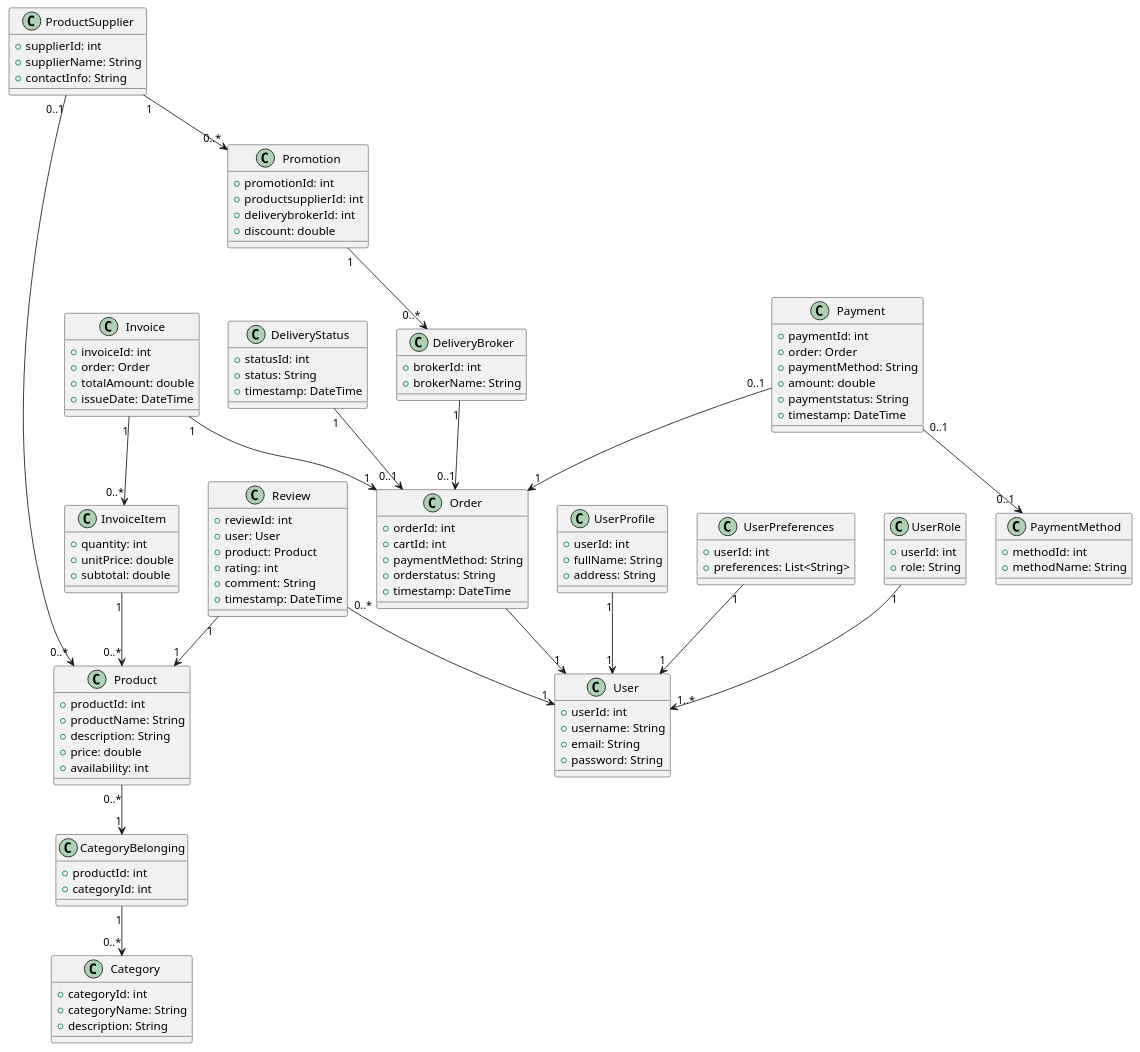
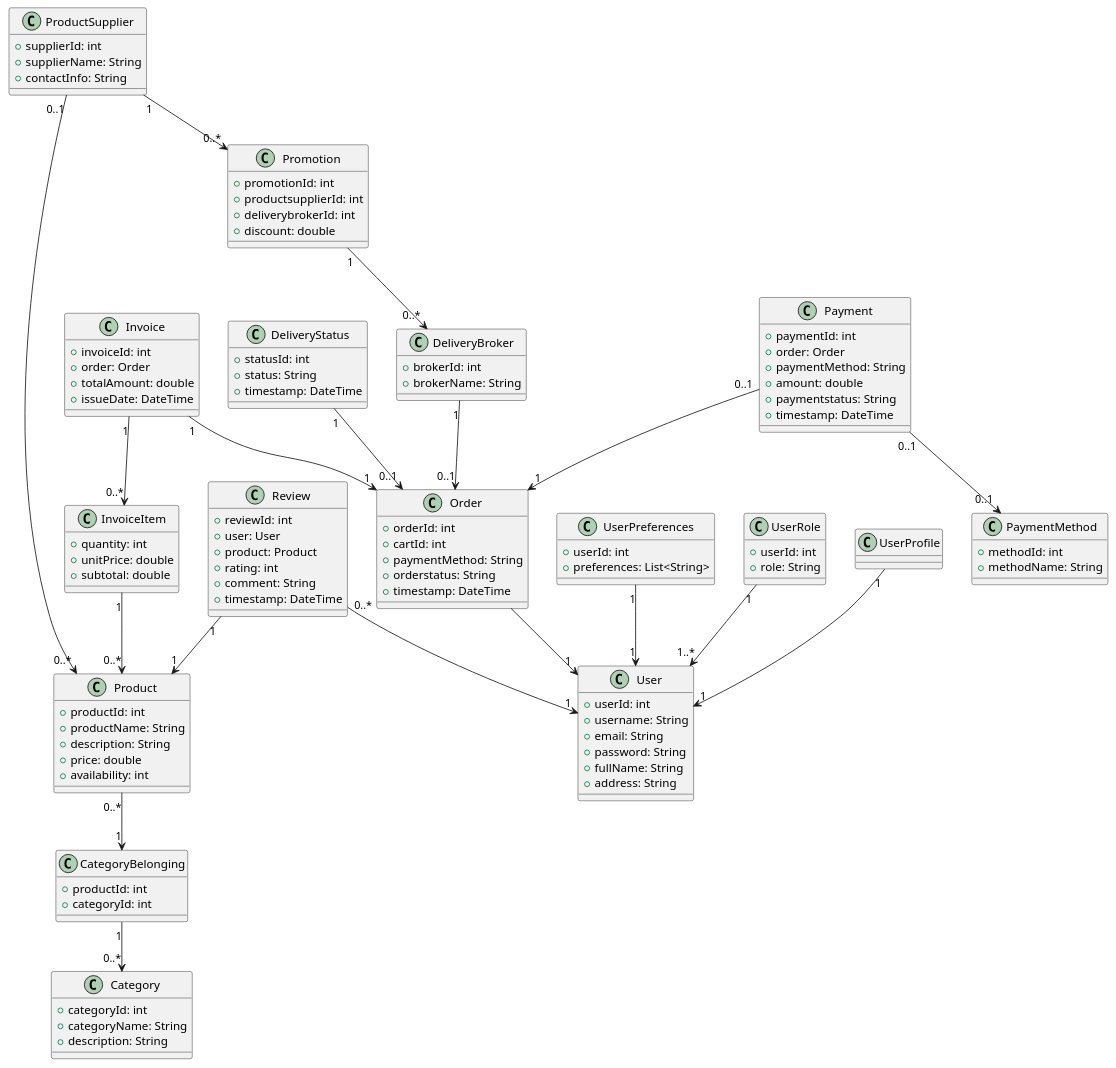
Before and after one commit to OmarZOS/medicom_api: the diagram in mysql/MCD.puml, drawn with PlantUML. The commit also changed 294 other files, not shown here.

```diff
--- a/mysql/MCD.puml
+++ b/mysql/MCD.puml
@@ -1,134 +1,131 @@
 @startuml
 
 
 
 class InvoiceItem {
   + quantity: int
   + unitPrice: double
   + subtotal: double
 }
 
 class Invoice {
   + invoiceId: int
   + order: Order
   + totalAmount: double
   + issueDate: DateTime
 }
 
 class Order {
   + orderId: int
   + cartId: int
   + paymentMethod: String
   + orderstatus: String
   + timestamp: DateTime
 }
 
 class Payment {
   + paymentId: int
   + order: Order
   + paymentMethod: String
   + amount: double
   + paymentstatus: String
   + timestamp: DateTime
 }
 
 class PaymentMethod {
   + methodId: int
   + methodName: String
 }
 
 class Product {
   + productId: int
   + productName: String
   + description: String
   + price: double
   + availability: int
 }
 
 class Category {
   + categoryId: int
   + categoryName: String
   + description: String
 }
 
 class Review {
   + reviewId: int
   + user: User
   + product: Product
   + rating: int
   + comment: String
   + timestamp: DateTime
 }
 
 class DeliveryBroker {
   + brokerId: int
   + brokerName: String
 }
 
 class DeliveryStatus {
   + statusId: int
   + status: String
   + timestamp: DateTime
 }
 
 class ProductSupplier {
   + supplierId: int
   + supplierName: String
   + contactInfo: String
 }
 
-class UserProfile {
-  + userId: int
-  + fullName: String
-  + address: String
-}
 
 class UserPreferences {
   + userId: int
   + preferences: List<String>
 }
 
 class UserRole {
   + userId: int
   + role: String
 }
 
 class User {
   + userId: int
   + username: String
   + email: String
   + password: String
+  + fullName: String
+  + address: String
 }
 
 class Promotion {
   + promotionId: int
   + productsupplierId: int
   + deliverybrokerId: int
   + discount: double
 }
 class CategoryBelonging {
   + productId: int
   + categoryId: int
 }
 
 
 Order --> "1" User
 Invoice "1" --> "0..*" InvoiceItem
 Invoice "1" --> "1" Order
 Payment "0..1" --> "0..1" PaymentMethod
 Payment "0..1" --> "1" Order
 Product "0..*" --> "1" CategoryBelonging
 CategoryBelonging "1" --> "0..*" Category
 Review "0..*" --> "1" User
 Review "1" --> "1" Product
 UserProfile "1" --> "1" User
 UserPreferences "1" --> "1" User
 UserRole "1" --> "1..*" User
 DeliveryStatus "1" --> "0..1" Order
 DeliveryBroker "1" --> "0..1" Order
 ProductSupplier "1" --> "0..*" Promotion
 Promotion "1" --> "0..*" DeliveryBroker 
 ProductSupplier "0..1" --> "0..*" Product
 InvoiceItem "1" --> "0..*" Product
 
 @enduml
```
